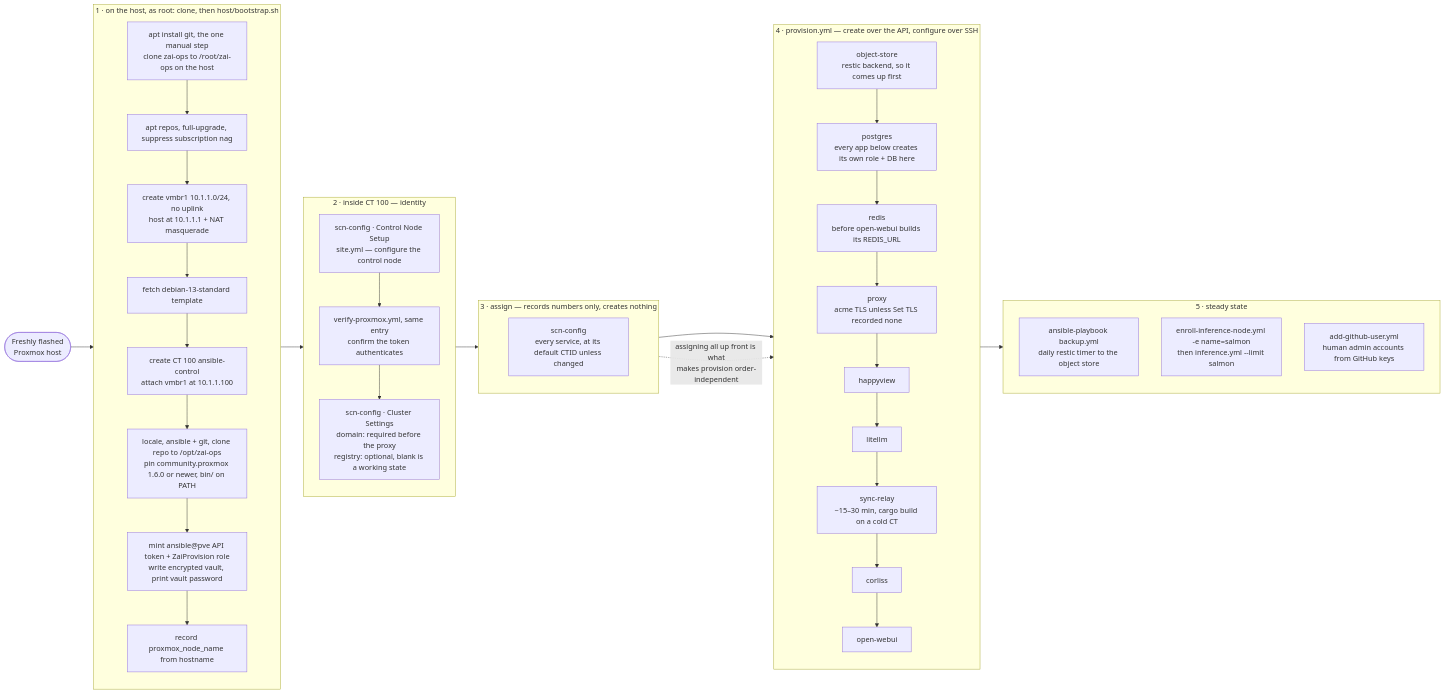
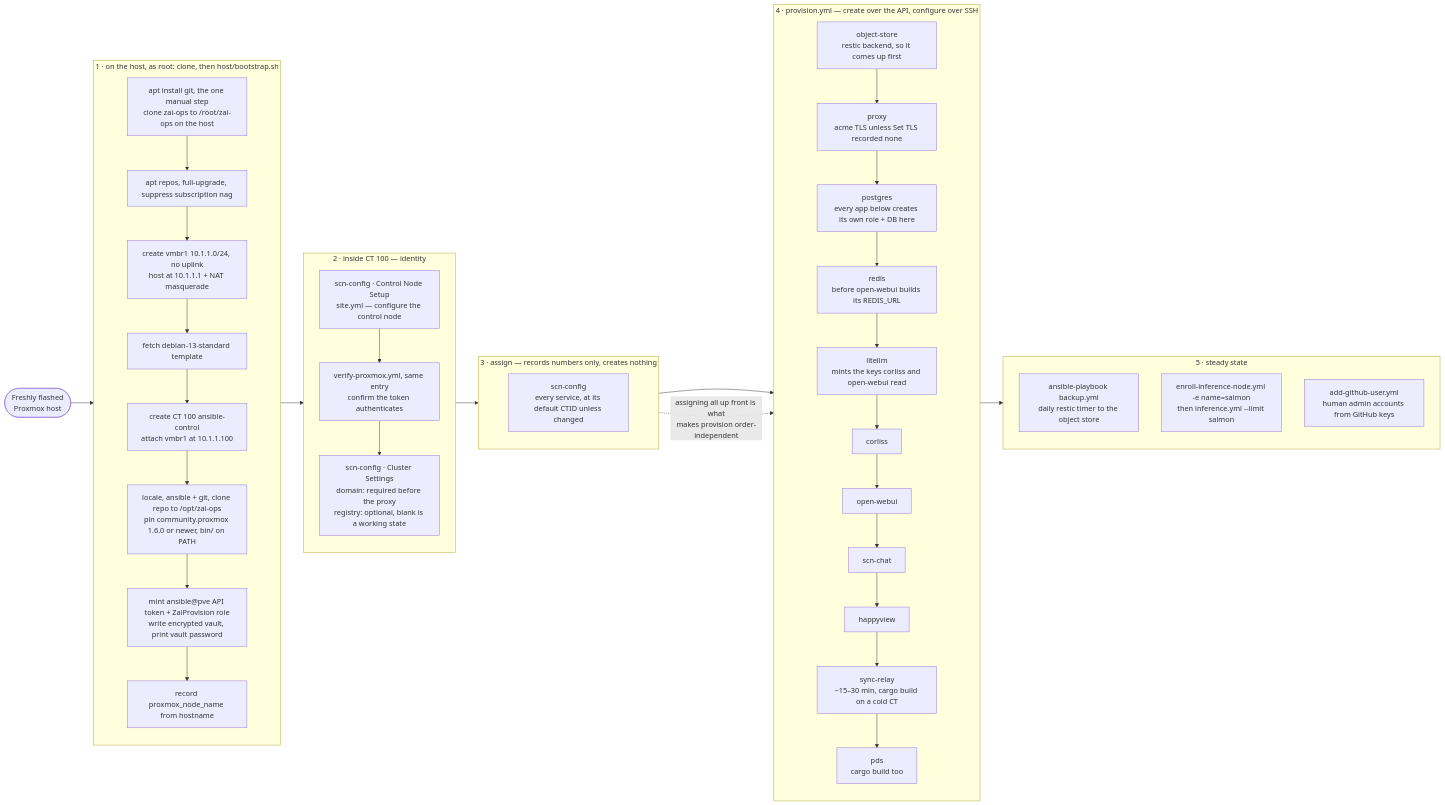
One commit to Z-Space-Society/zai-ops changed the second of 4 diagrams in docs/diagrams.md. Above: the diagram before and after it, drawn with Mermaid. The commit also changed other lines of this file and 14 other files, not shown here.

````diff
--- a/docs/diagrams.md
+++ b/docs/diagrams.md
@@ -123,56 +131,58 @@
 ```mermaid
 flowchart LR
     start(["Freshly flashed<br/>Proxmox host"])
 
     subgraph phase1["1 · on the host, as root: clone, then host/bootstrap.sh"]
         direction TB
         b0["apt install git, the one manual step<br/>clone zai-ops to /root/zai-ops on the host"]
         b1["apt repos, full-upgrade, suppress subscription nag"]
         b0 --> b1
         b2["create vmbr1 10.1.1.0/24, no uplink<br/>host at 10.1.1.1 + NAT masquerade"]
         b3["fetch debian-13-standard template"]
         b4["create CT 100 ansible-control<br/>attach vmbr1 at 10.1.1.100"]
         b5["locale, ansible + git, clone repo to /opt/zai-ops<br/>pin community.proxmox 1.6.0 or newer, bin/ on PATH"]
         b6["mint ansible@pve API token + ZaiProvision role<br/>write encrypted vault, print vault password"]
         b7["record proxmox_node_name from hostname"]
         b1 --> b2 --> b3 --> b4 --> b5 --> b6 --> b7
     end
 
     subgraph phase2["2 · inside CT 100 — identity"]
         direction TB
         c1["scn-config · Control Node Setup<br/>site.yml — configure the control node"]
         c2["verify-proxmox.yml, same entry<br/>confirm the token authenticates"]
         c3["scn-config · Cluster Settings<br/>domain: required before the proxy<br/>registry: optional, blank is a working state"]
         c1 --> c2 --> c3
     end
 
     subgraph phase3["3 · assign — records numbers only, creates nothing"]
         direction TB
         a1["scn-config<br/>every service, at its default CTID unless changed"]
     end
 
     subgraph phase4["4 · provision.yml — create over the API, configure over SSH"]
         direction TB
         p1["object-store<br/>restic backend, so it comes up first"]
-        p2["postgres<br/>every app below creates its own role + DB here"]
-        p3["redis<br/>before open-webui builds its REDIS_URL"]
-        p4["proxy<br/>acme TLS unless Set TLS recorded none"]
-        p5["happyview"]
-        p6["litellm"]
-        p7["sync-relay<br/>~15–30 min, cargo build on a cold CT"]
-        p8["corliss"]
-        p9["open-webui"]
-        p1 --> p2 --> p3 --> p4 --> p5 --> p6 --> p7 --> p8 --> p9
+        p2["proxy<br/>acme TLS unless Set TLS recorded none"]
+        p3["postgres<br/>every app below creates its own role + DB here"]
+        p4["redis<br/>before open-webui builds its REDIS_URL"]
+        p5["litellm<br/>mints the keys corliss and open-webui read"]
+        p6["corliss"]
+        p7["open-webui"]
+        p8["scn-chat"]
+        p9["happyview"]
+        p10["sync-relay<br/>~15–30 min, cargo build on a cold CT"]
+        p11["pds<br/>cargo build too"]
+        p1 --> p2 --> p3 --> p4 --> p5 --> p6 --> p7 --> p8 --> p9 --> p10 --> p11
     end
 
     subgraph phase5["5 · steady state"]
         direction TB
         s1["ansible-playbook backup.yml<br/>daily restic timer to the object store"]
         s2["enroll-inference-node.yml -e name=salmon<br/>then inference.yml --limit salmon"]
         s3["add-github-user.yml<br/>human admin accounts from GitHub keys"]
     end
 
     start --> phase1 --> phase2 --> phase3 --> phase4 --> phase5
 
     a1 -.->|"assigning all up front is what<br/>makes provision order-independent"| phase4
 ```
````
